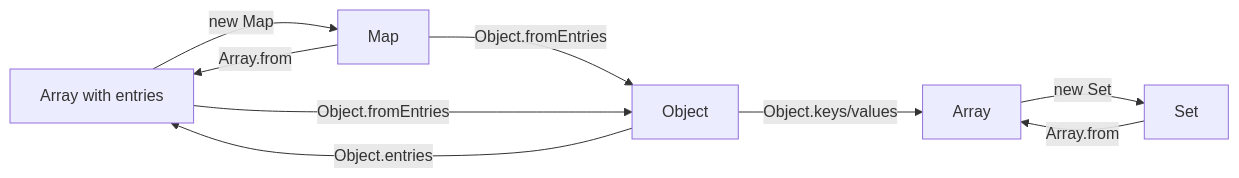
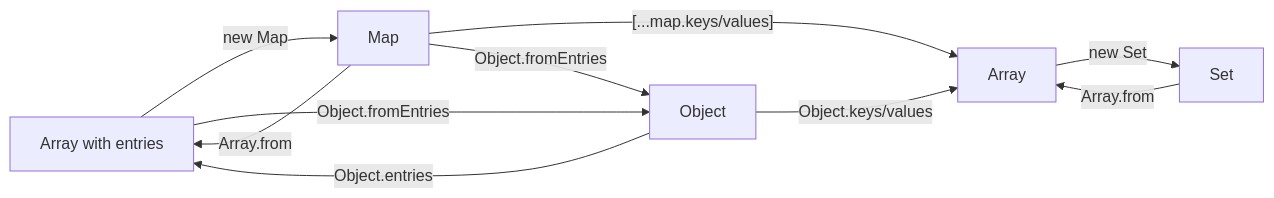
Before and after one commit to gaojunran/lanqiao-web-slides: the diagram in slides/JavaScript-API.md, drawn with Mermaid. The commit also changed 6 other files, not shown here.

````diff
--- a/slides/JavaScript-API.md
+++ b/slides/JavaScript-API.md
@@ -447,17 +447,18 @@
 ```mermaid
 graph LR
     A[Array]
     C[Array with entries]
     D[Object]
     E[Set]
     F[Map]
 
     D --> |Object.keys/values| A
     D --> |Object.entries| C
     C --> |new Map| F
-    F --> |Array.from| C
+    F --> |"Array.from"| C
+    F --> |"[...map.keys/values]"| A
     F --> |Object.fromEntries| D
     C --> |Object.fromEntries| D
     A --> |new Set| E
     E --> |Array.from| A
 ```
````
